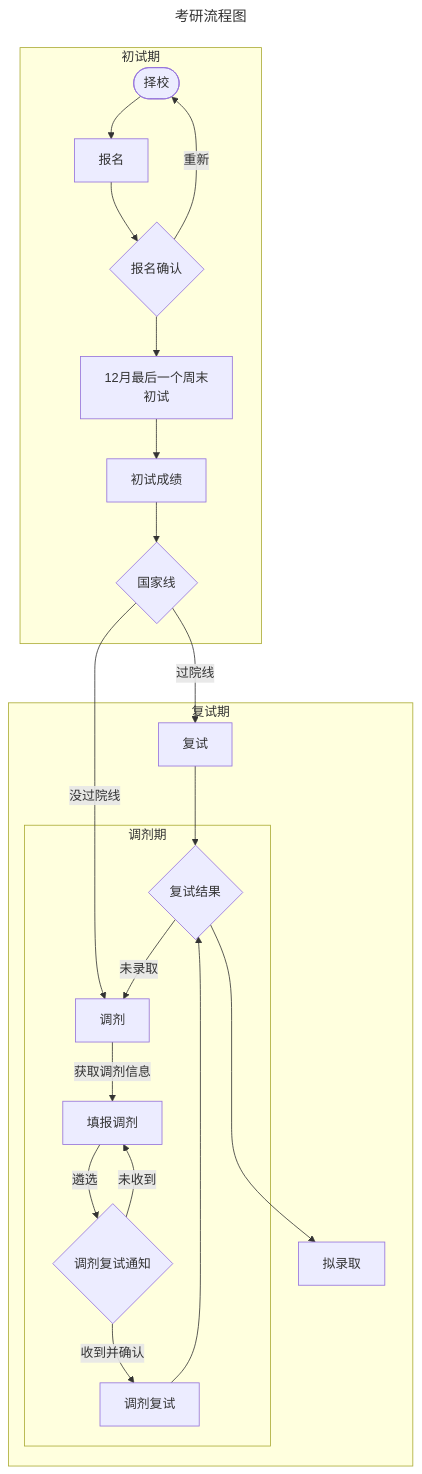
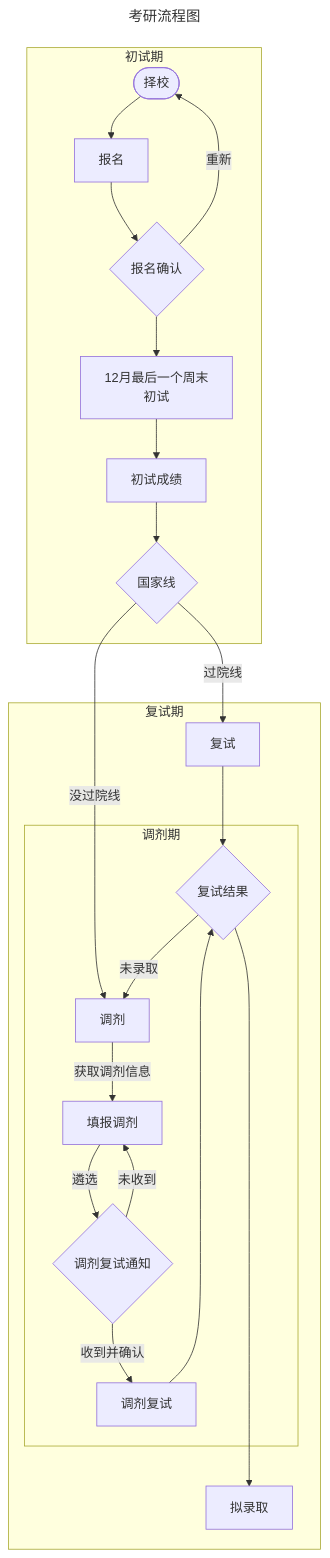
One commit to DaoMingze/yztool changed the diagram in README.md. Above: the diagram before and after it, drawn with Mermaid.

````diff
--- a/README.md
+++ b/README.md
@@ -49,24 +49,24 @@
 ```mermaid
 ---
 title: 考研流程图
 ---
 flowchart TB
     subgraph 初试期
     开始([择校])-->报名-->确认{报名确认}-->初试[12月最后一个周末\n初试]-->初试成绩-->复试线{国家线}
     确认-->|重新|开始
     end
     subgraph 复试期
     复试线-->|过院线|复试
     复试线-->|没过院线|调剂
     复试-->复试中{复试结果}
-    复试中---->拟录取
+    复试中------>拟录取
     复试中-->|未录取|调剂
         subgraph 调剂期
         调剂-->|获取调剂信息|志愿[填报调剂]
         志愿-->|遴选|通知{调剂复试通知}
         通知-->|收到并确认|调剂复试
         通知-->|未收到|志愿
         调剂复试-->复试中
         end
     end
 ```
````
